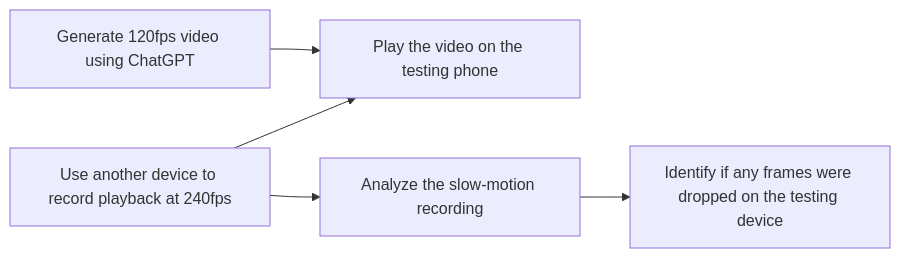
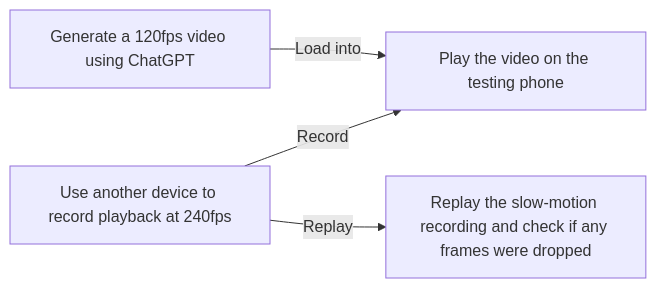
One commit to eyhgpt/experiments changed the diagram in docs/GeneratePythonCodeAndProduceVideo.md. Above: the diagram before and after it, drawn with Mermaid. The commit also changed other lines of this file, not shown here.

First paragraph of the commit message:
feat: Document Python Video Generation with LLM and Frame Drop Detection
This commit documents the use of a Large Language Model (LLM) to generate a Python script that creates a high-frame-rate video, and describes the process for detecting frame drops.

````diff
--- a/docs/GeneratePythonCodeAndProduceVideo.md
+++ b/docs/GeneratePythonCodeAndProduceVideo.md
@@ -14,7 +14,6 @@
 ```mermaid
 flowchart LR
-    A[Generate 120fps video using ChatGPT] --> B[Play the video on the testing phone]
-    C[Use another device to record playback at 240fps] --> B
-    C --> D[Analyze the slow-motion recording]
-    D --> E[Identify if any frames were dropped on the testing device]
+   A[Generate a 120fps video using ChatGPT] -->|Load into| B[Play the video on the testing phone]
+   C[Use another device to record playback at 240fps] -->|Record| B
+   C -->|Replay| D[Replay the slow-motion recording and check if any frames were dropped]
 ```
````
